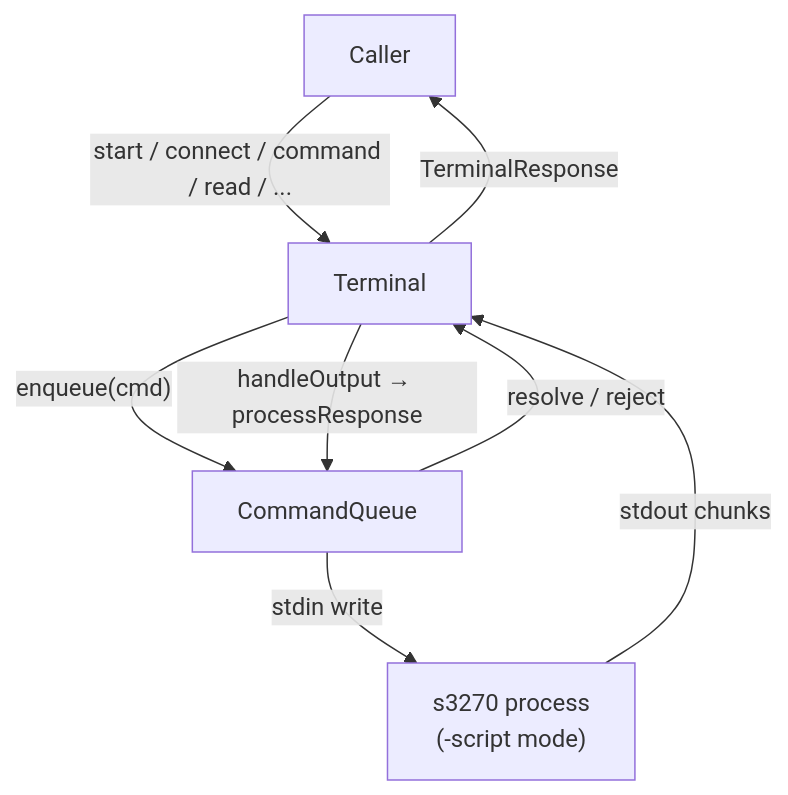
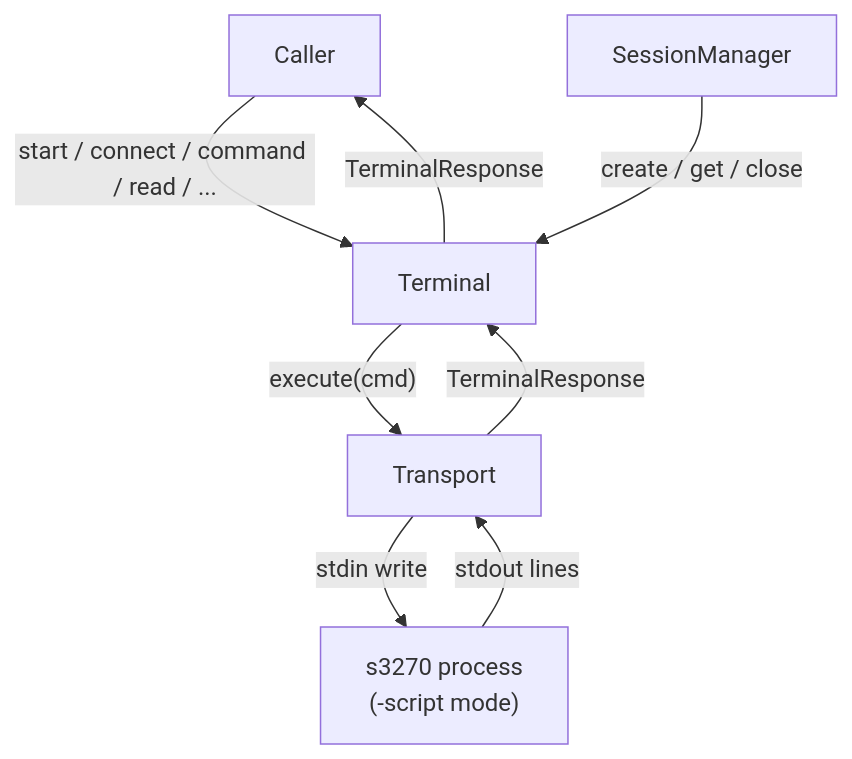
One commit to dmalta/py3270 changed the diagram in docs/tdd_py3270.md. Above: the diagram before and after it, drawn with Mermaid. The commit also changed other lines of this file and 15 other files, not shown here.

Commit message:
refactor: align package with synchronous session architecture

````diff
--- a/docs/tdd_py3270.md
+++ b/docs/tdd_py3270.md
@@ -111,10 +113,10 @@
 ```mermaid
 graph TD
     Caller -->|"start / connect / command / read / ..."| Terminal
-    Terminal -->|"enqueue(cmd)"| CommandQueue
-    CommandQueue -->|"stdin write"| s3270_Process["s3270 process\n(-script mode)"]
-    s3270_Process -->|"stdout chunks"| Terminal
-    Terminal -->|"handleOutput → processResponse"| CommandQueue
-    CommandQueue -->|"resolve / reject"| Terminal
+  SessionManager -->|"create / get / close"| Terminal
+  Terminal -->|"execute(cmd)"| Transport
+  Transport -->|"stdin write"| s3270_Process["s3270 process\n(-script mode)"]
+  s3270_Process -->|"stdout lines"| Transport
+  Transport -->|"TerminalResponse"| Terminal
     Terminal -->|"TerminalResponse"| Caller
 ```
````
